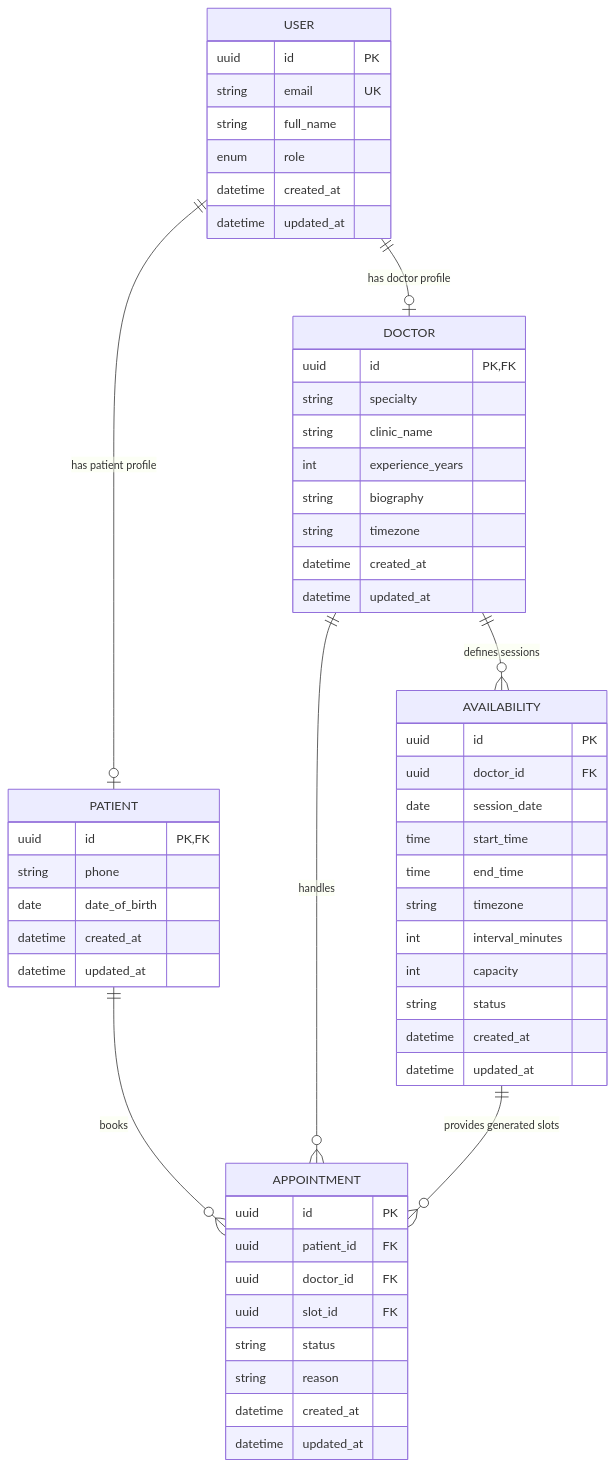
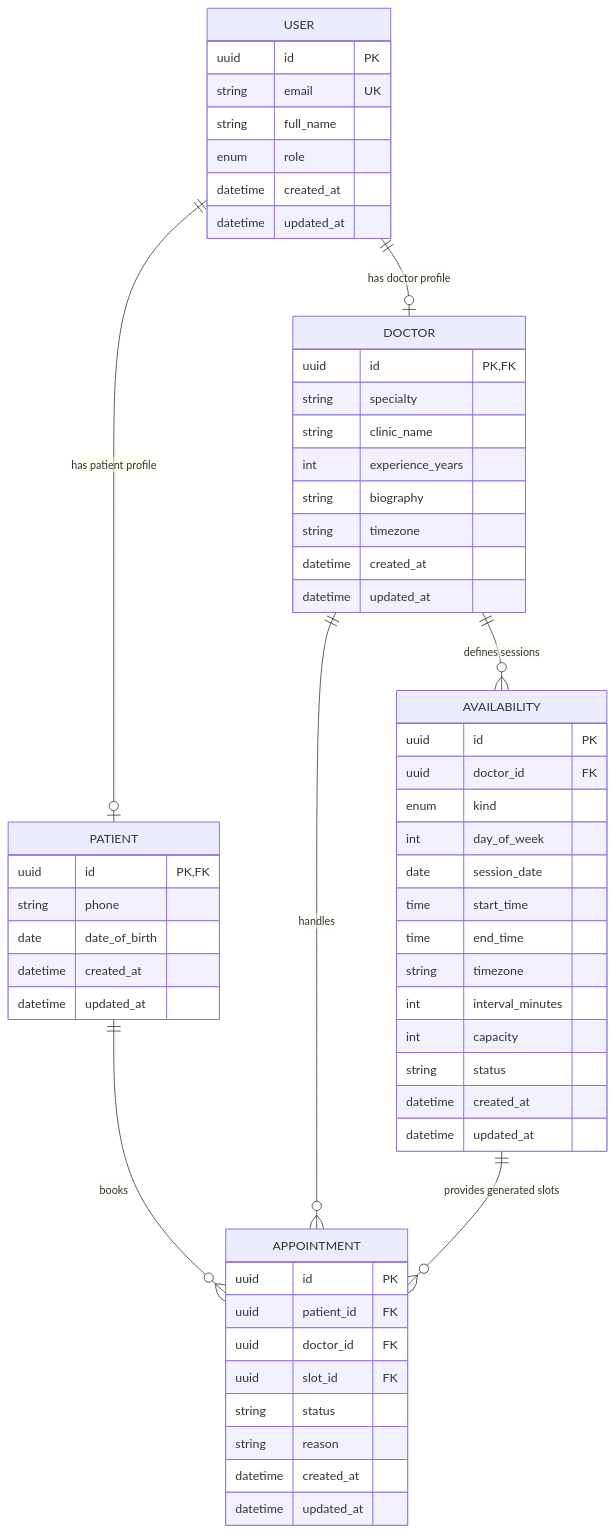
One commit to bhaskarpandey1234/schedula-bhaskar-pandey changed the diagram in docs/er-diagram.md. Above: the diagram before and after it, drawn with Mermaid. The commit also changed other lines of this file and 10 other files, not shown here.

````diff
--- a/docs/er-diagram.md
+++ b/docs/er-diagram.md
@@ -5,62 +5,64 @@
 ```mermaid
 erDiagram
     USER {
         uuid id PK
         string email UK
         string full_name
         enum role
         datetime created_at
         datetime updated_at
     }
 
     PATIENT {
         uuid id PK, FK
         string phone
         date date_of_birth
         datetime created_at
         datetime updated_at
     }
 
     DOCTOR {
         uuid id PK, FK
         string specialty
         string clinic_name
         int experience_years
         string biography
         string timezone
         datetime created_at
         datetime updated_at
     }
 
     AVAILABILITY {
         uuid id PK
         uuid doctor_id FK
+        enum kind
+        int day_of_week
         date session_date
         time start_time
         time end_time
         string timezone
         int interval_minutes
         int capacity
         string status
         datetime created_at
         datetime updated_at
     }
 
     APPOINTMENT {
         uuid id PK
         uuid patient_id FK
         uuid doctor_id FK
         uuid slot_id FK
         string status
         string reason
         datetime created_at
         datetime updated_at
     }
 
     USER ||--o| PATIENT : "has patient profile"
     USER ||--o| DOCTOR : "has doctor profile"
     DOCTOR ||--o{ AVAILABILITY : "defines sessions"
     PATIENT ||--o{ APPOINTMENT : "books"
     DOCTOR ||--o{ APPOINTMENT : "handles"
     AVAILABILITY ||--o{ APPOINTMENT : "provides generated slots"
 ```
````
